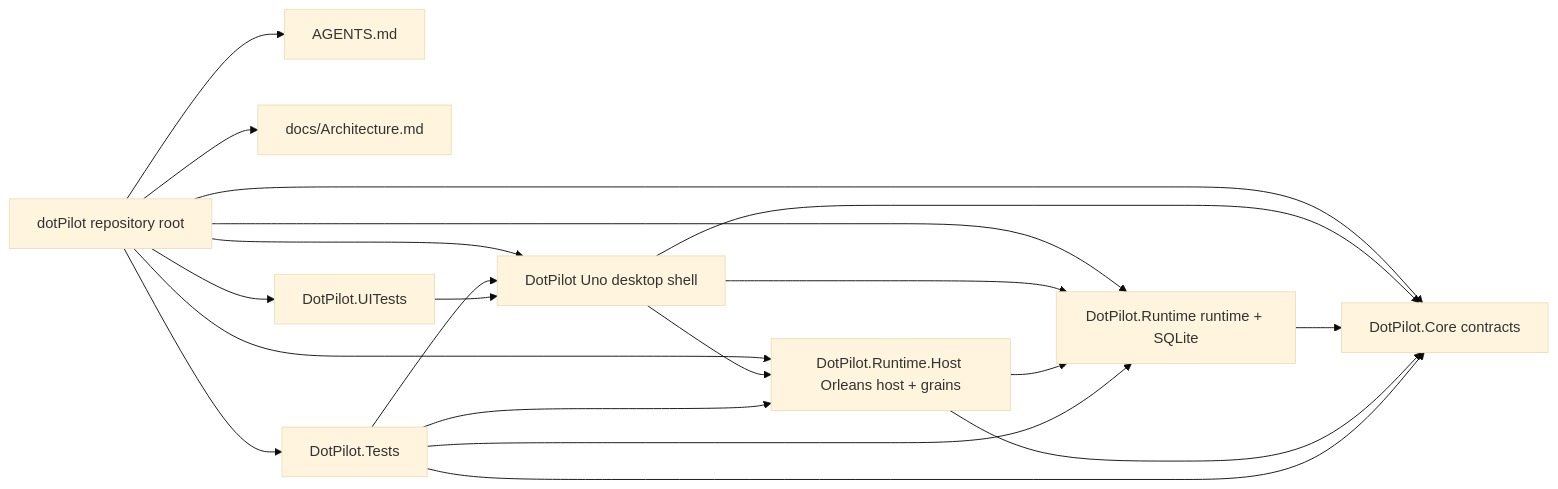
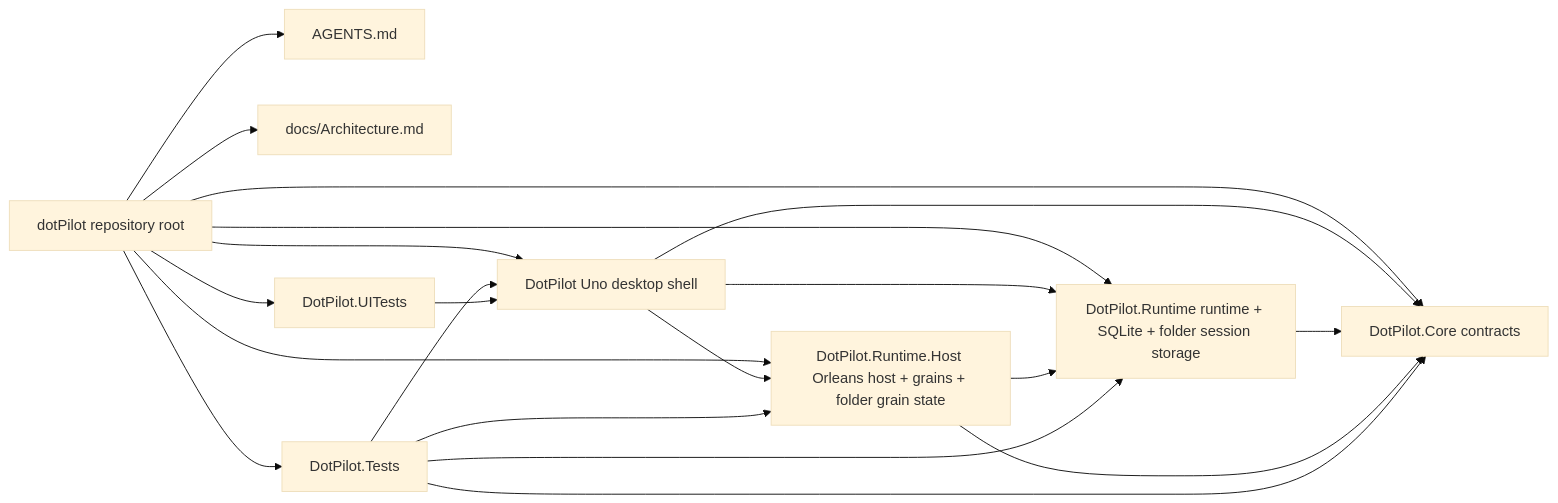
The first of 4 diagrams in docs/Architecture.md (managedcode/dotPilot), drawn with Mermaid (base theme) before and after one commit. The commit also changed other lines of this file and 2 other files, not shown here.

Commit message:
Persist local agent history and grain state

````diff
--- a/docs/Architecture.md
+++ b/docs/Architecture.md
@@ -26,32 +26,32 @@
 ```mermaid
 flowchart LR
   Root["dotPilot repository root"]
   Governance["AGENTS.md"]
   Architecture["docs/Architecture.md"]
   Ui["DotPilot Uno desktop shell"]
   Core["DotPilot.Core contracts"]
-  Runtime["DotPilot.Runtime runtime + SQLite"]
-  Host["DotPilot.Runtime.Host Orleans host + grains"]
+  Runtime["DotPilot.Runtime runtime + SQLite + folder session storage"]
+  Host["DotPilot.Runtime.Host Orleans host + grains + folder grain state"]
   Unit["DotPilot.Tests"]
   UiTests["DotPilot.UITests"]
 
   Root --> Governance
   Root --> Architecture
   Root --> Ui
   Root --> Core
   Root --> Runtime
   Root --> Host
   Root --> Unit
   Root --> UiTests
   Ui --> Core
   Ui --> Runtime
   Ui --> Host
   Runtime --> Core
   Host --> Core
   Host --> Runtime
   Unit --> Ui
   Unit --> Core
   Unit --> Runtime
   Unit --> Host
   UiTests --> Ui
 ```
````
